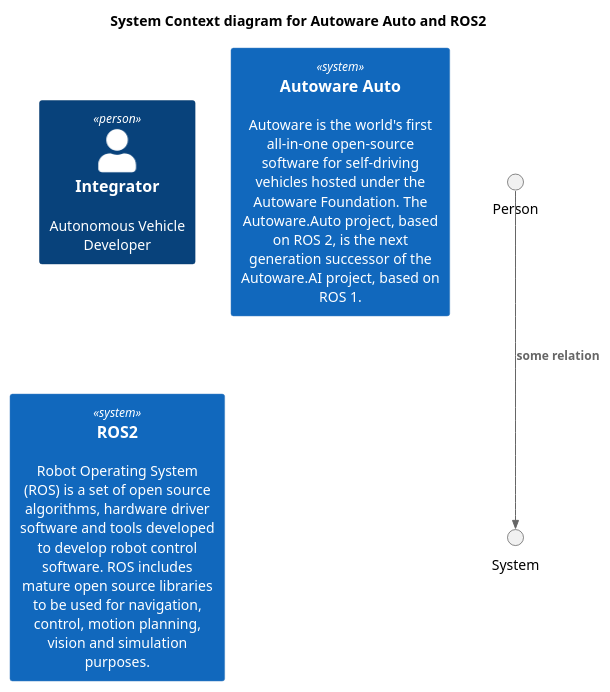
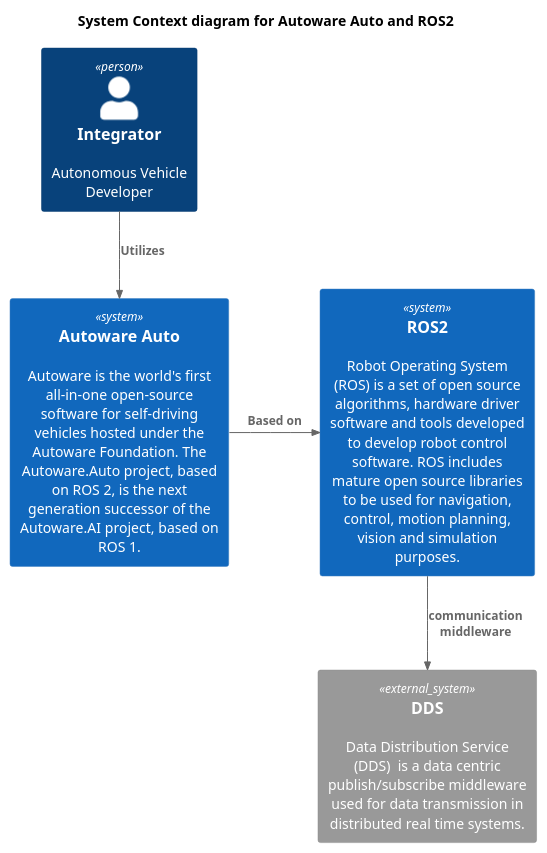
The diagram in containers/app/c4plantuml/context.puml (vanHeemstraSystems/c4-model), drawn with PlantUML before and after one commit. The commit also changed 1 other file, not shown here.

```diff
--- a/containers/app/c4plantuml/context.puml
+++ b/containers/app/c4plantuml/context.puml
@@ -1,13 +1,17 @@
 @startuml autoware-context
 '!include https://raw.githubusercontent.com/plantuml-stdlib/C4-PlantUML/master/C4_Context.puml
 ' uncomment the following line and comment the first to use locally
 !include C4_Context.puml
 
 title System Context diagram for Autoware Auto and ROS2
 
 Person(Integrator, "Integrator", "Autonomous Vehicle Developer")
 System(Autoware_Auto, "Autoware Auto", "Autoware is the world's first all-in-one open-source software for self-driving vehicles hosted under the Autoware Foundation. The Autoware.Auto project, based on ROS 2, is the next generation successor of the Autoware.AI project, based on ROS 1.")
 System(Ros2, "ROS2", "Robot Operating System (ROS) is a set of open source algorithms, hardware driver software and tools developed to develop robot control software. ROS includes mature open source libraries to be used for navigation, control, motion planning, vision and simulation purposes.")
 
-Rel(Person, System, "some relation")
+System_Ext(DDS, "DDS", "Data Distribution Service (DDS)  is a data centric publish/subscribe middleware used for data transmission in distributed real time systems.")
+
+Rel(Integrator, Autoware_Auto, "Utilizes")
+Rel_Neighbor(Autoware_Auto, Ros2 , "Based on")
+Rel(Ros2 , DDS, "communication middleware")
 @enduml
```
